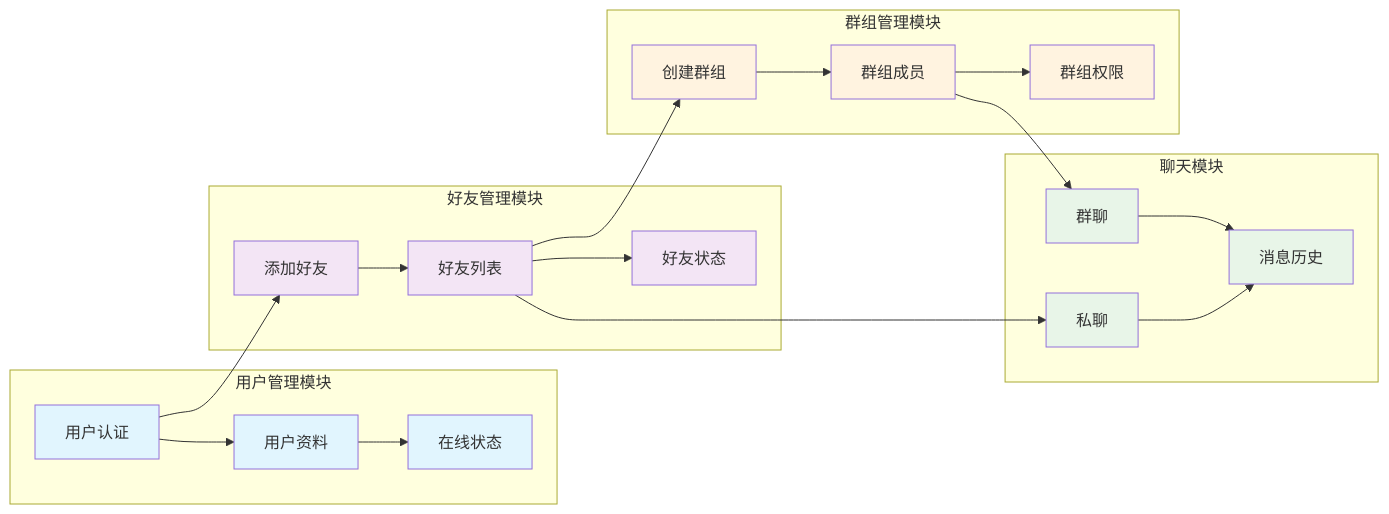
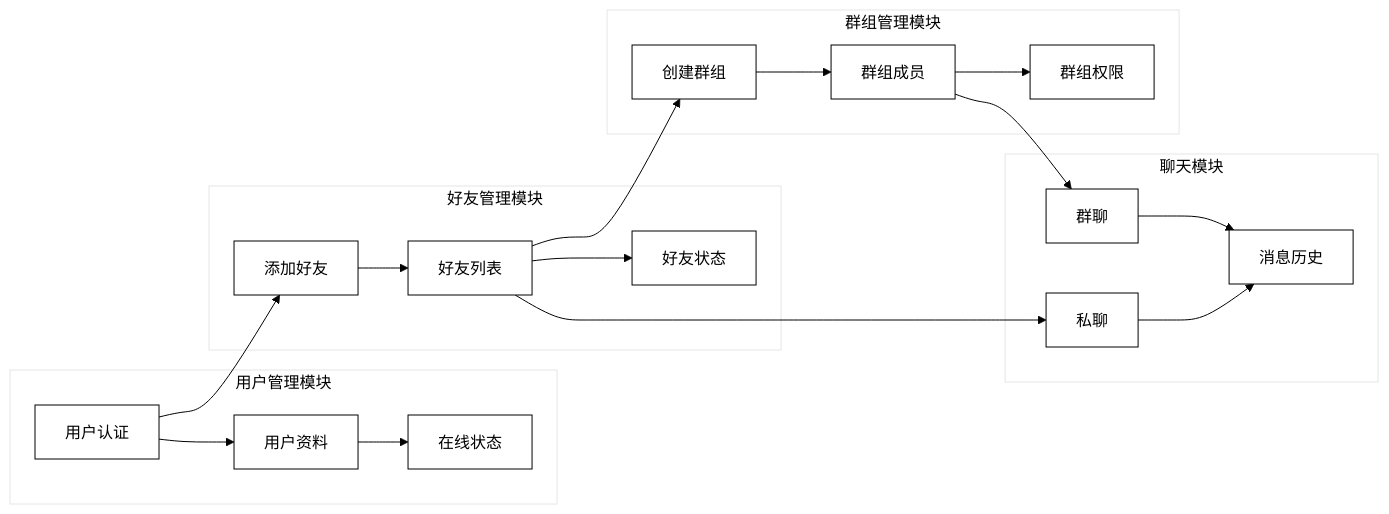
Before and after one commit to hjq-cpu/graduation-project: the second of 5 diagrams in chat_system_architecture_mermaid.md, drawn with Mermaid. The commit also changed other lines of this file and 4 other files, not shown here.

````diff
--- a/chat_system_architecture_mermaid.md
+++ b/chat_system_architecture_mermaid.md
@@ -79,53 +70,45 @@
 ```mermaid
+%%{init: {'theme':'base', 'themeVariables': { 'primaryColor': '#ffffff', 'primaryTextColor': '#000000', 'primaryBorderColor': '#000000', 'lineColor': '#000000', 'secondaryColor': '#ffffff', 'tertiaryColor': '#ffffff'}}}%%
 graph LR
     subgraph "用户管理模块"
         Auth[用户认证]
         Profile[用户资料]
         Status[在线状态]
         
         Auth --> Profile
         Profile --> Status
     end
 
     subgraph "好友管理模块"
         AddFriend[添加好友]
         FriendList[好友列表]
         FriendStatus[好友状态]
         
         AddFriend --> FriendList
         FriendList --> FriendStatus
     end
 
     subgraph "聊天模块"
         PrivateChat[私聊]
         GroupChat[群聊]
         MessageHistory[消息历史]
         
         PrivateChat --> MessageHistory
         GroupChat --> MessageHistory
     end
 
     subgraph "群组管理模块"
         CreateGroup[创建群组]
         GroupMember[群组成员]
         GroupPermission[群组权限]
         
         CreateGroup --> GroupMember
         GroupMember --> GroupPermission
     end
 
     Auth --> AddFriend
     FriendList --> PrivateChat
     FriendList --> CreateGroup
     GroupMember --> GroupChat
 
-    classDef userModule fill:#e1f5fe
-    classDef friendModule fill:#f3e5f5
-    classDef chatModule fill:#e8f5e8
-    classDef groupModule fill:#fff3e0
-
-    class Auth,Profile,Status userModule
-    class AddFriend,FriendList,FriendStatus friendModule
-    class PrivateChat,GroupChat,MessageHistory chatModule
-    class CreateGroup,GroupMember,GroupPermission groupModule
 ```
````
